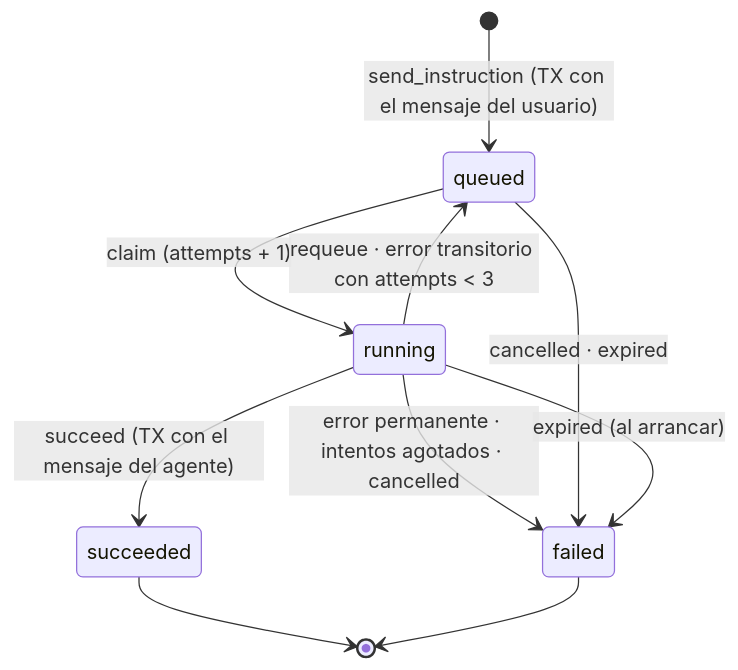
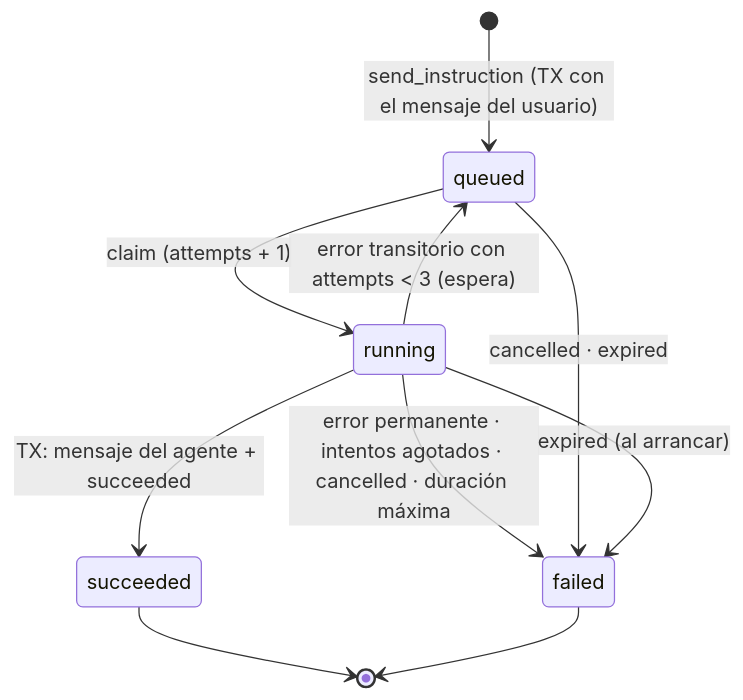
One commit to Dach3r/meelting changed the diagram in docs/architecture/agent-run.md. Above: the diagram before and after it, drawn with Mermaid. The commit also changed other lines of this file and 3 other files, not shown here.

````diff
--- a/docs/architecture/agent-run.md
+++ b/docs/architecture/agent-run.md
@@ -81,12 +139,12 @@
 ```mermaid
 stateDiagram-v2
     [*] --> queued: send_instruction (TX con el mensaje del usuario)
     queued --> running: claim (attempts + 1)
-    running --> queued: requeue · error transitorio con attempts < 3
-    running --> succeeded: succeed (TX con el mensaje del agente)
-    running --> failed: error permanente · intentos agotados · cancelled
+    running --> queued: error transitorio con attempts < 3 (espera)
+    running --> succeeded: TX: mensaje del agente + succeeded
+    running --> failed: error permanente · intentos agotados · cancelled · duración máxima
     queued --> failed: cancelled · expired
     running --> failed: expired (al arrancar)
     succeeded --> [*]
     failed --> [*]
 ```
````
